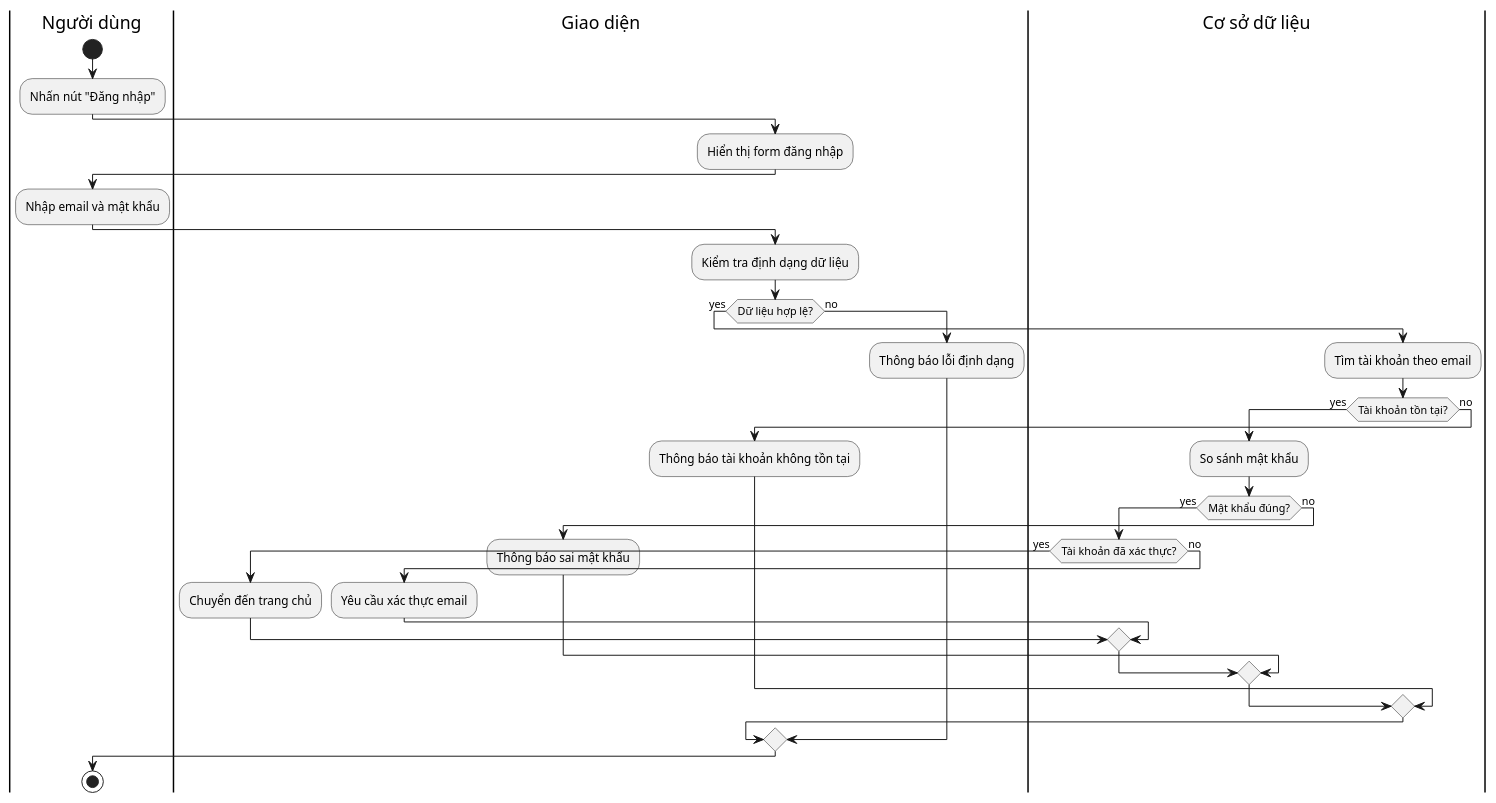
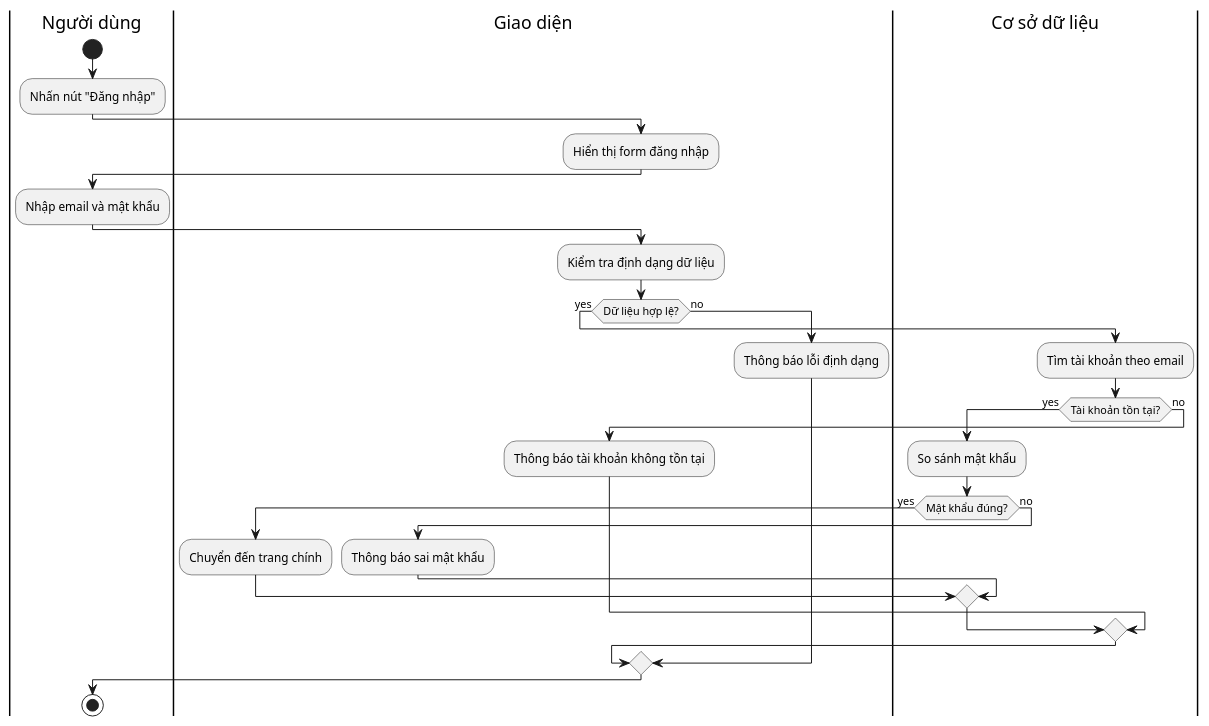
The diagram in UML/signup_activity.plantuml (Gragy08/DADN_GQ), drawn with PlantUML before and after one commit. The commit also changed 14 other files, not shown here.

```diff
--- a/UML/signup_activity.plantuml
+++ b/UML/signup_activity.plantuml
@@ -1,38 +1,42 @@
 @startuml
 |Người dùng|
 start
 :Nhấn nút "Đăng nhập";
+
 |Giao diện|
 :Hiển thị form đăng nhập;
+
 |Người dùng|
 :Nhập email và mật khẩu;
+
 |Giao diện|
 :Kiểm tra định dạng dữ liệu;
+
 if (Dữ liệu hợp lệ?) then (yes)
   |Cơ sở dữ liệu|
   :Tìm tài khoản theo email;
+
   if (Tài khoản tồn tại?) then (yes)
     :So sánh mật khẩu;
+
     if (Mật khẩu đúng?) then (yes)
-      if (Tài khoản đã xác thực?) then (yes)
-        |Giao diện|
-        :Chuyển đến trang chủ;
-      else (no)
-        |Giao diện|
-        :Yêu cầu xác thực email;
-      endif
+      |Giao diện|
+      :Chuyển đến trang chính;
     else (no)
       |Giao diện|
       :Thông báo sai mật khẩu;
     endif
+
   else (no)
     |Giao diện|
     :Thông báo tài khoản không tồn tại;
   endif
+
 else (no)
   |Giao diện|
   :Thông báo lỗi định dạng;
 endif
+
 |Người dùng|
 stop
 @enduml
```
